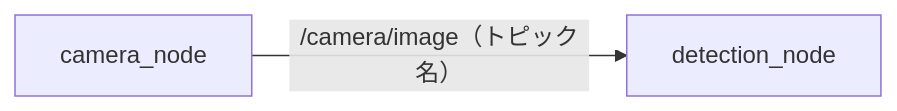
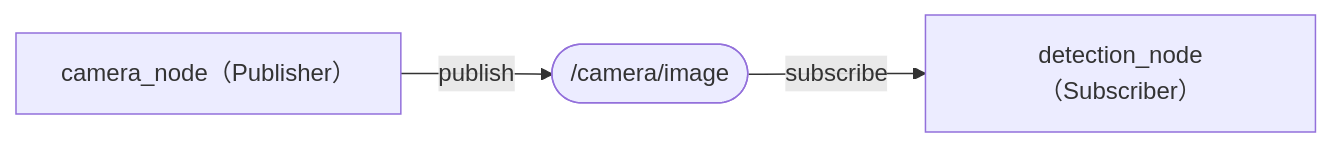
The first of 4 diagrams in docs/01_introduction.md (Harlequinade1123/ros1-tutorials), drawn with Mermaid before and after one commit. The commit also changed other lines of this file, not shown here.

Commit message:
docs: reconstruct Mermaid diagrams in ch.1 for conceptual accuracy

````diff
--- a/docs/01_introduction.md
+++ b/docs/01_introduction.md
@@ -48,4 +48,5 @@
 ```mermaid
 graph LR
-    camera_node -->|"/camera/image（トピック名）"| detection_node
+    camera_node["camera_node（Publisher）"] -->|"publish"| topic(["/camera/image"])
+    topic -->|"subscribe"| detection_node["detection_node（Subscriber）"]
 ```
````
